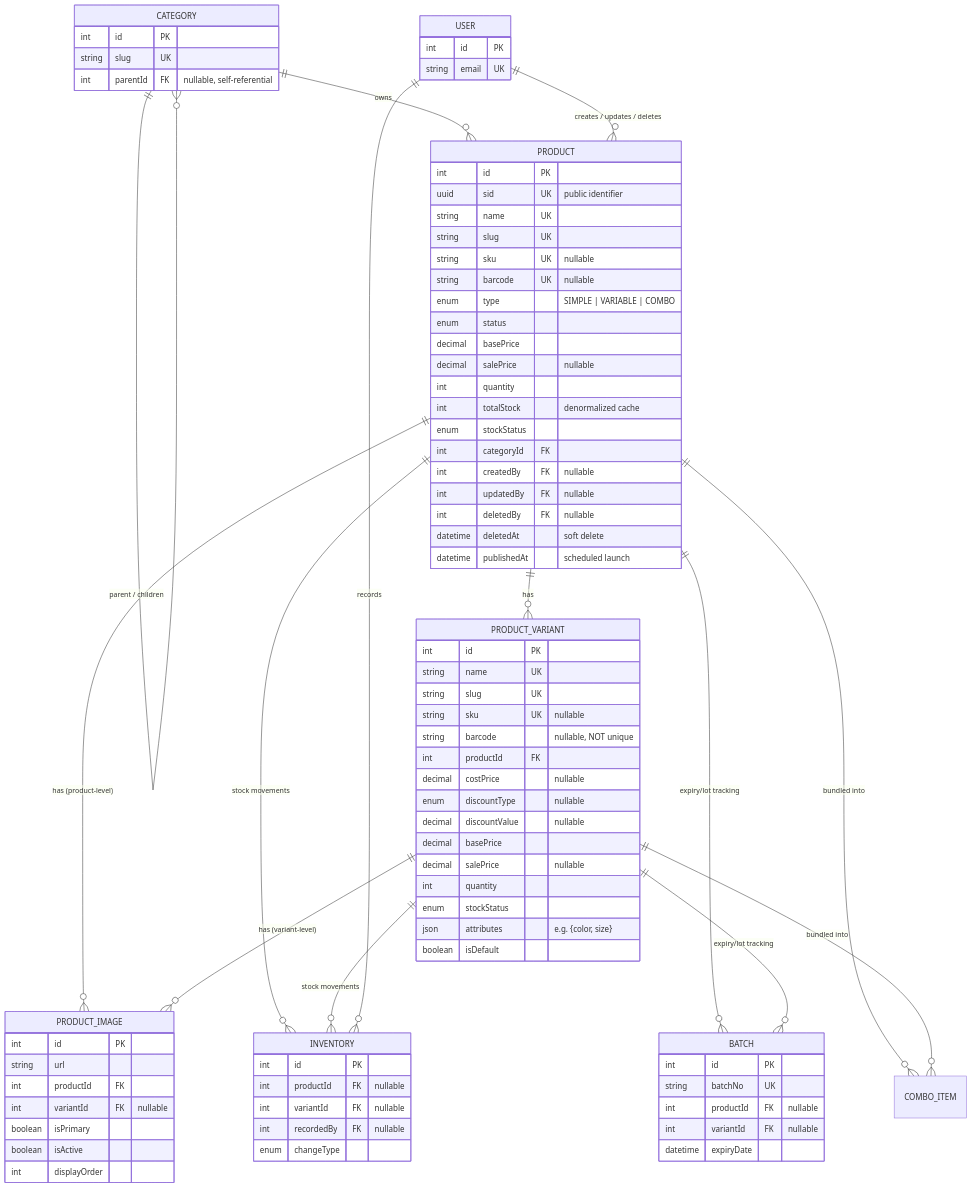
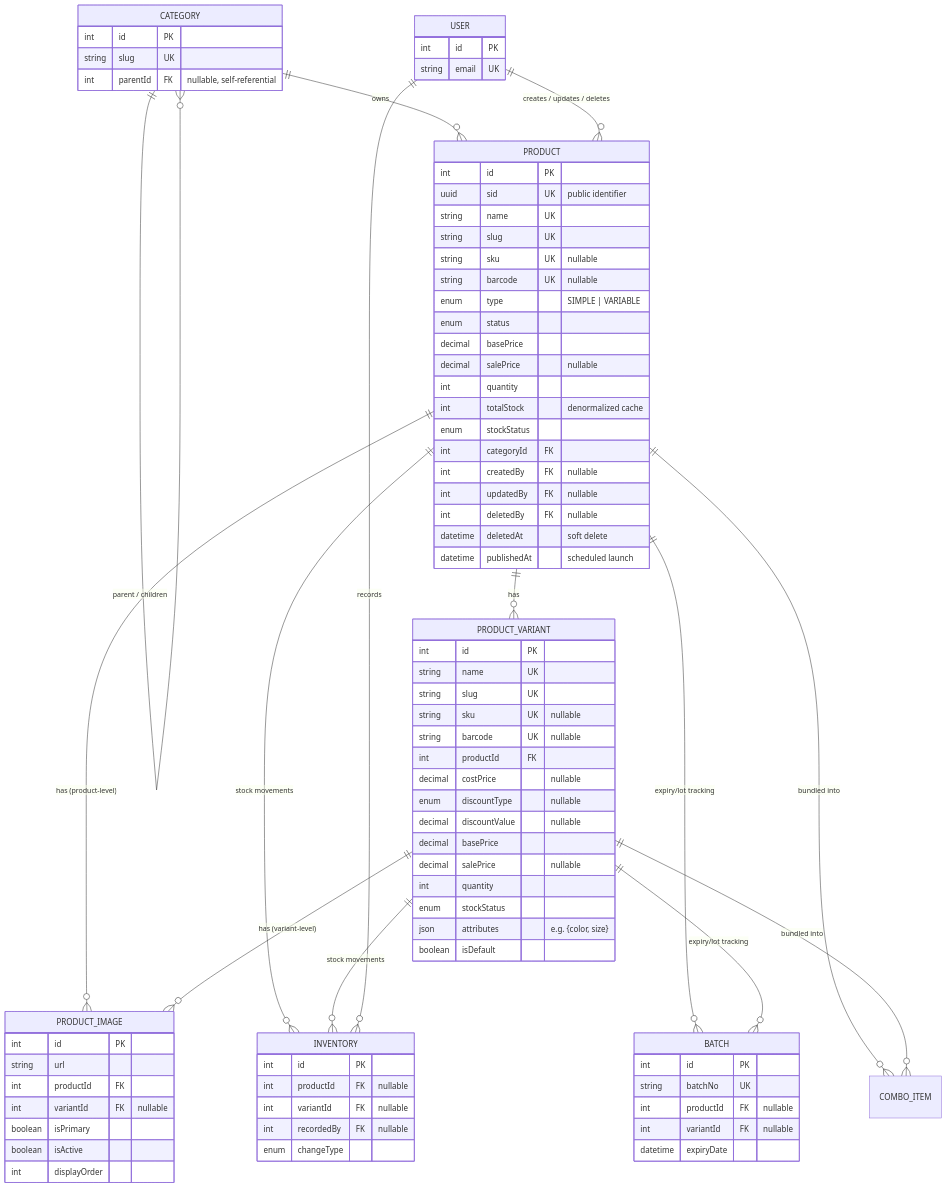
One commit to QuaziSamiha/thai-health-product-server changed the diagram in docs/db-schemas/product-db-schema.md. Above: the diagram before and after it, drawn with Mermaid. The commit also changed other lines of this file and 20 other files, not shown here.

```diff
--- a/docs/db-schemas/product-db-schema.md
+++ b/docs/db-schemas/product-db-schema.md
@@ -32,7 +32,7 @@
         string slug UK
         string sku UK "nullable"
         string barcode UK "nullable"
-        enum type "SIMPLE | VARIABLE | COMBO"
+        enum type "SIMPLE | VARIABLE"
         enum status
         decimal basePrice
         decimal salePrice "nullable"
@@ -52,7 +52,7 @@
         string name UK
         string slug UK
         string sku UK "nullable"
-        string barcode "nullable, NOT unique"
+        string barcode UK "nullable"
         int productId FK
         decimal costPrice "nullable"
         enum discountType "nullable"
```
